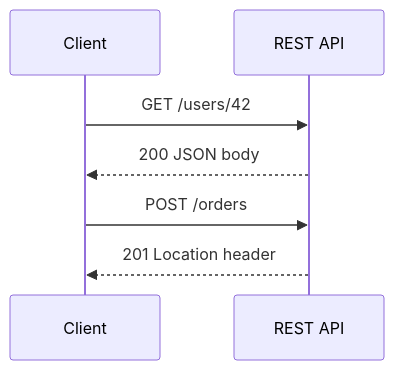
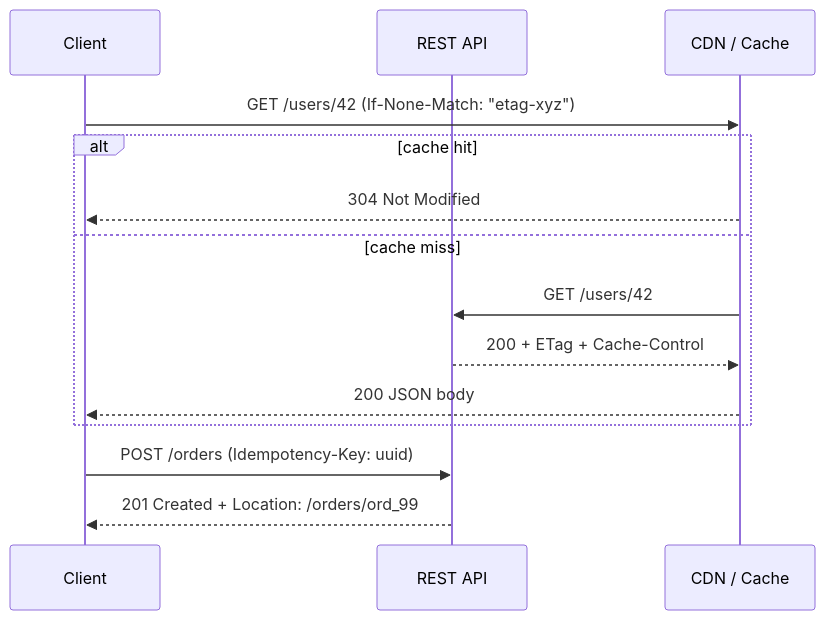
The third of 26 diagrams in 07-api-desing/README.md (hareramcse/SystemDesign), drawn with Mermaid before and after one commit. The commit also changed other lines of this file and 14 other files, not shown here.

````diff
--- a/07-api-desing/README.md
+++ b/07-api-desing/README.md
@@ -96,9 +197,17 @@
 ```mermaid
 sequenceDiagram
     participant C as Client
     participant API as REST API
-    C->>API: GET /users/42
-    API-->>C: 200 JSON body
-    C->>API: POST /orders
-    API-->>C: 201 Location header
+    participant CDN as CDN / Cache
+
+    C->>CDN: GET /users/42 (If-None-Match: "etag-xyz")
+    alt cache hit
+        CDN-->>C: 304 Not Modified
+    else cache miss
+        CDN->>API: GET /users/42
+        API-->>CDN: 200 + ETag + Cache-Control
+        CDN-->>C: 200 JSON body
+    end
+    C->>API: POST /orders (Idempotency-Key: uuid)
+    API-->>C: 201 Created + Location: /orders/ord_99
 ```
````
